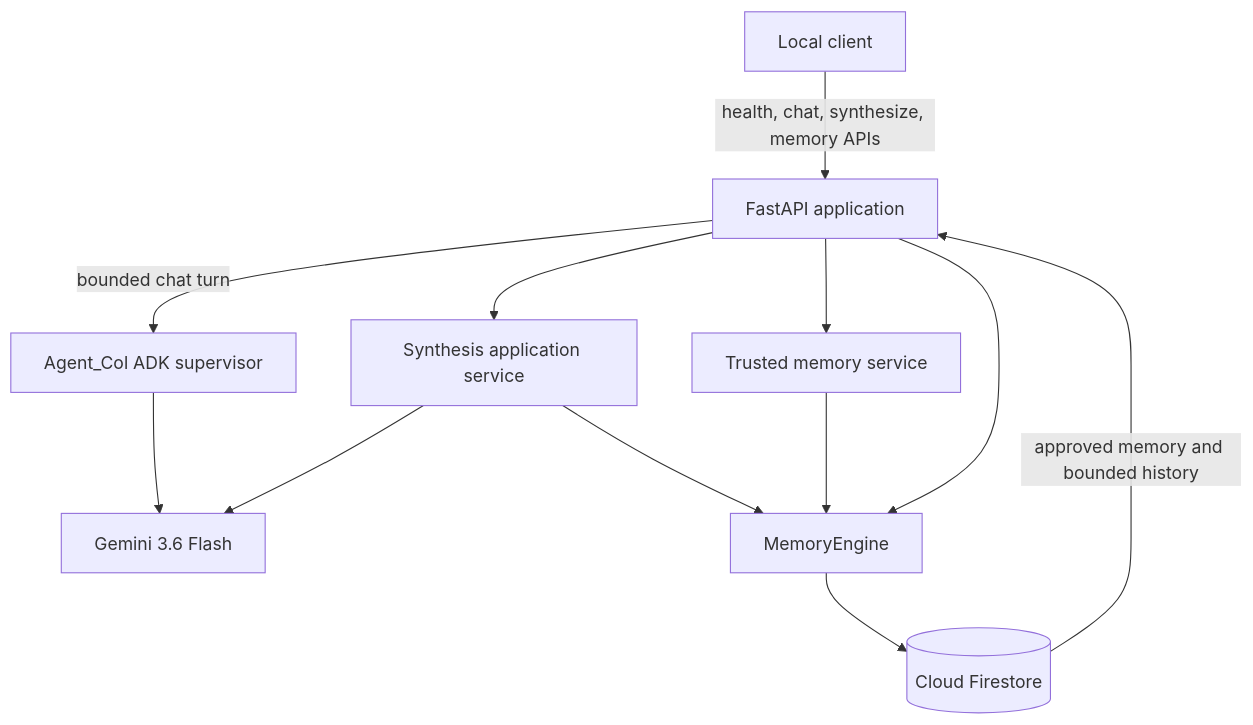
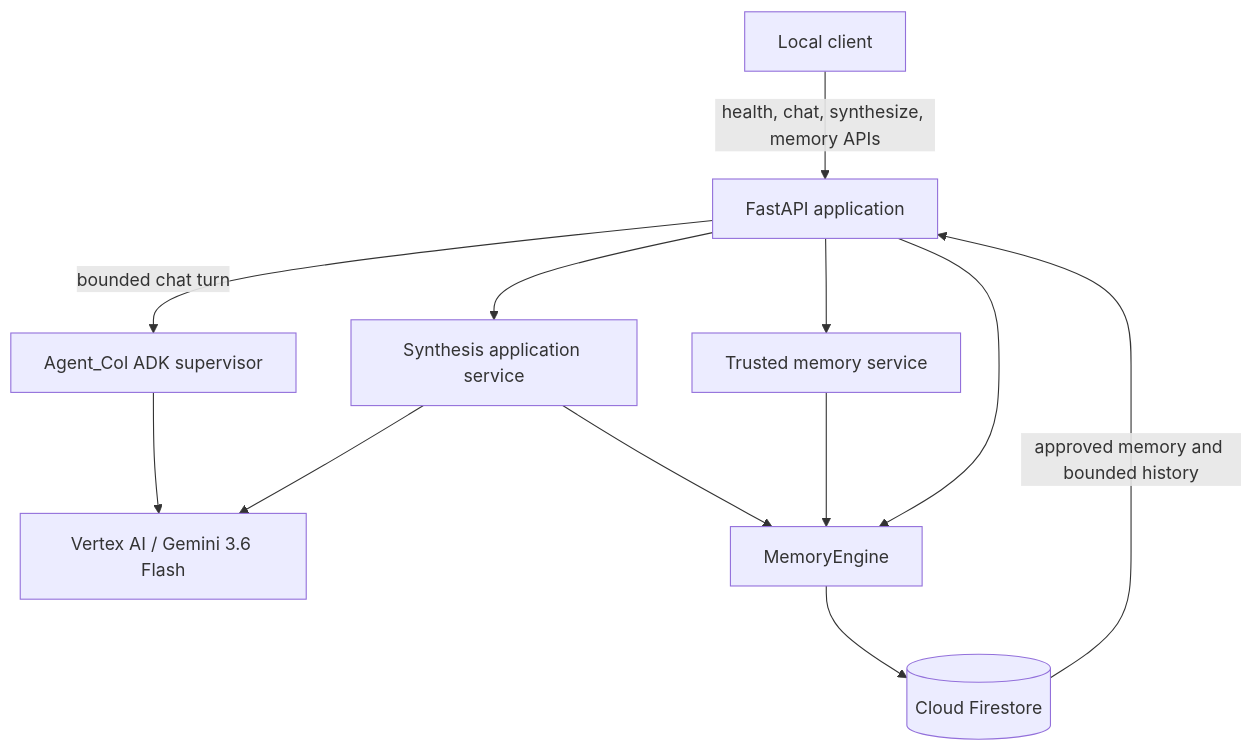
Before and after one commit to knightsky-cpu/col-workspace: the first of 2 diagrams in docs/architecture.md, drawn with Mermaid. The commit also changed other lines of this file and 16 other files, not shown here.

Commit message:
feat: harden memory routing and migrate Gemini to Vertex AI

````diff
--- a/docs/architecture.md
+++ b/docs/architecture.md
@@ -10,23 +10,23 @@
 ```mermaid
 flowchart TD
     client[Local client]
     api[FastAPI application]
     supervisor[Agent_Col ADK supervisor]
     synthesis[Synthesis application service]
     memory_service[Trusted memory service]
-    genai[Gemini 3.6 Flash]
+    genai[Vertex AI / Gemini 3.6 Flash]
     engine[MemoryEngine]
     firestore[(Cloud Firestore)]
 
     client -->|health, chat, synthesize, memory APIs| api
     api -->|bounded chat turn| supervisor
     supervisor --> genai
     api --> synthesis
     synthesis --> genai
     api --> memory_service
     api --> engine
     synthesis --> engine
     memory_service --> engine
     engine --> firestore
     firestore -->|approved memory and bounded history| api
 ```
````
